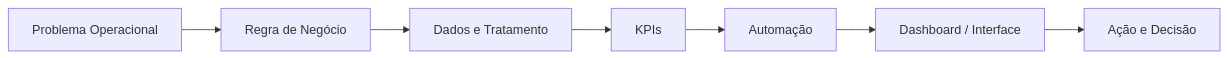
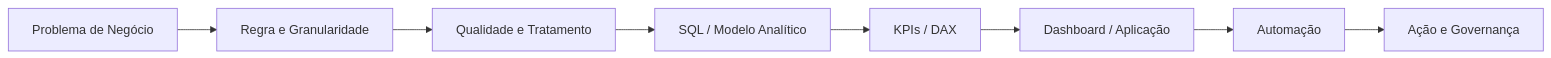
The diagram in README.md (Flash0102/Flash0102), drawn with Mermaid before and after one commit. The commit also changed other lines of this file, not shown here.

````diff
--- a/README.md
+++ b/README.md
@@ -58,9 +63,10 @@
 ```mermaid
 flowchart LR
-    A[Problema Operacional] --> B[Regra de Negócio]
-    B --> C[Dados e Tratamento]
-    C --> D[KPIs]
-    D --> E[Automação]
-    E --> F[Dashboard / Interface]
-    F --> G[Ação e Decisão]
+    A[Problema de Negócio] --> B[Regra e Granularidade]
+    B --> C[Qualidade e Tratamento]
+    C --> D[SQL / Modelo Analítico]
+    D --> E[KPIs / DAX]
+    E --> F[Dashboard / Aplicação]
+    F --> G[Automação]
+    G --> H[Ação e Governança]
 ```
````
